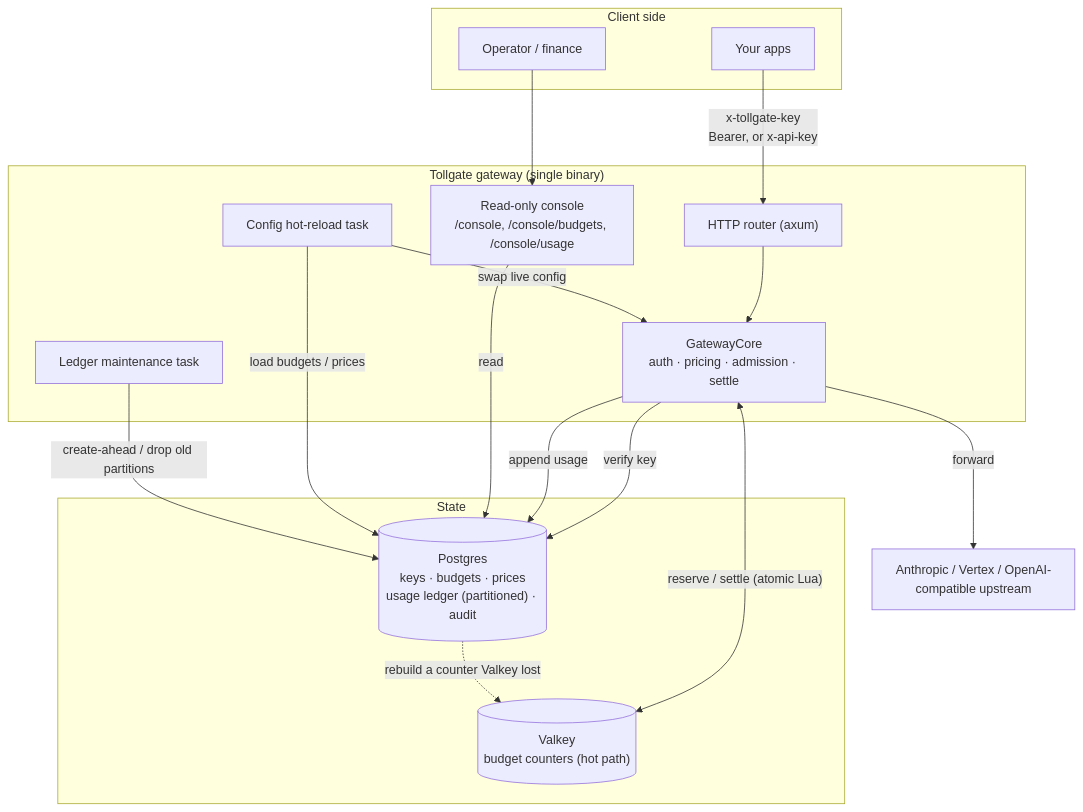
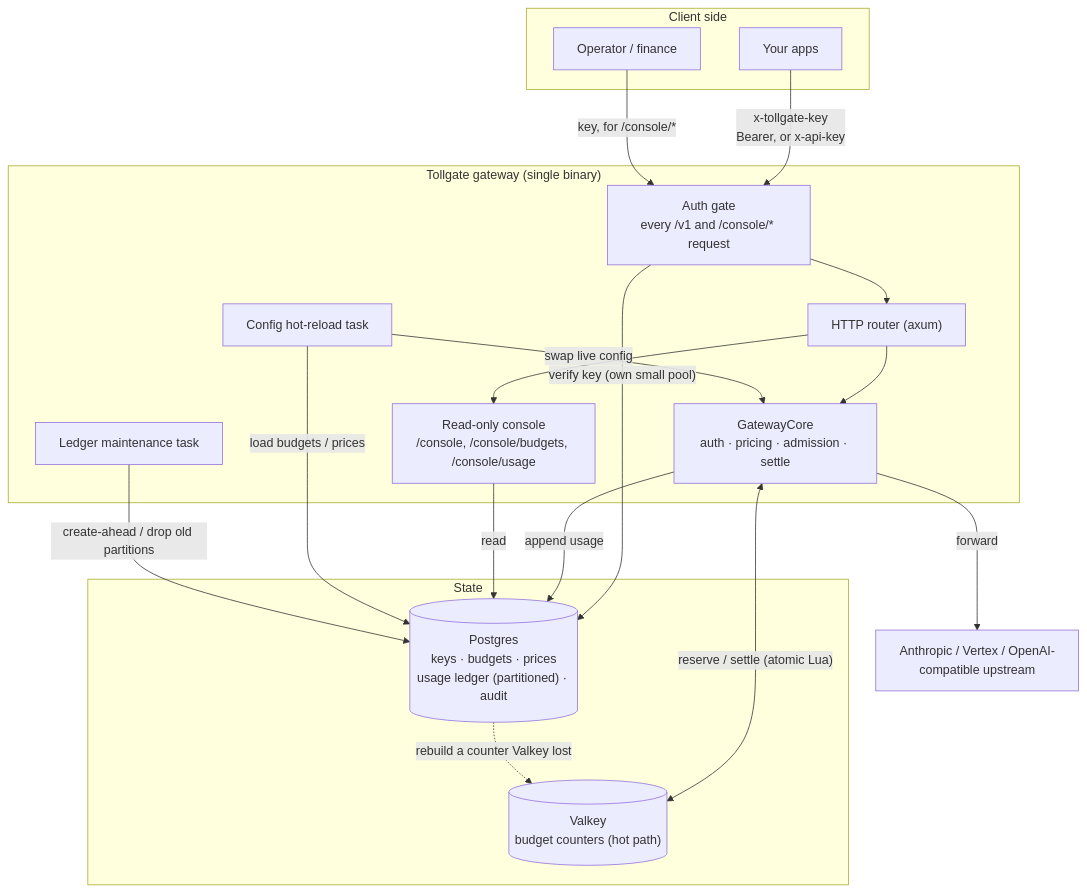
One commit to sakura-sky/tollgate changed the first of 3 diagrams in docs/ARCHITECTURE.md. Above: the diagram before and after it, drawn with Mermaid. The commit also changed other lines of this file and 16 other files, not shown here.

First line of the commit message:
Authenticate first on every /v1 and /console path; a key store failure is 503, not 401

````diff
--- a/docs/ARCHITECTURE.md
+++ b/docs/ARCHITECTURE.md
@@ -8,34 +8,36 @@
 ```mermaid
 flowchart TB
   subgraph client["Client side"]
     app["Your apps"]
     ops["Operator / finance"]
   end
 
   subgraph tollgate["Tollgate gateway (single binary)"]
+    gate["Auth gate<br/>every /v1 and /console/* request"]
     router["HTTP router (axum)"]
     core["GatewayCore<br/>auth · pricing · admission · settle"]
     console["Read-only console<br/>/console, /console/budgets, /console/usage"]
     reload["Config hot-reload task"]
     maint["Ledger maintenance task"]
   end
 
   subgraph state["State"]
     pg[("Postgres<br/>keys · budgets · prices<br/>usage ledger (partitioned) · audit")]
     vk[("Valkey<br/>budget counters (hot path)")]
   end
 
   prov["Anthropic / Vertex / OpenAI-compatible upstream"]
 
-  app -->|"x-tollgate-key<br/>Bearer, or x-api-key"| router --> core
-  ops --> console
-  core -->|"verify key"| pg
+  app -->|"x-tollgate-key<br/>Bearer, or x-api-key"| gate --> router --> core
+  ops -->|"key, for /console/*"| gate
+  router --> console
+  gate -->|"verify key (own small pool)"| pg
   core <-->|"reserve / settle (atomic Lua)"| vk
   pg -.->|"rebuild a counter Valkey lost"| vk
   core -->|"append usage"| pg
   core -->|"forward"| prov
   console -->|"read"| pg
   reload -->|"load budgets / prices"| pg
   reload -->|"swap live config"| core
   maint -->|"create-ahead / drop old partitions"| pg
 ```
````
